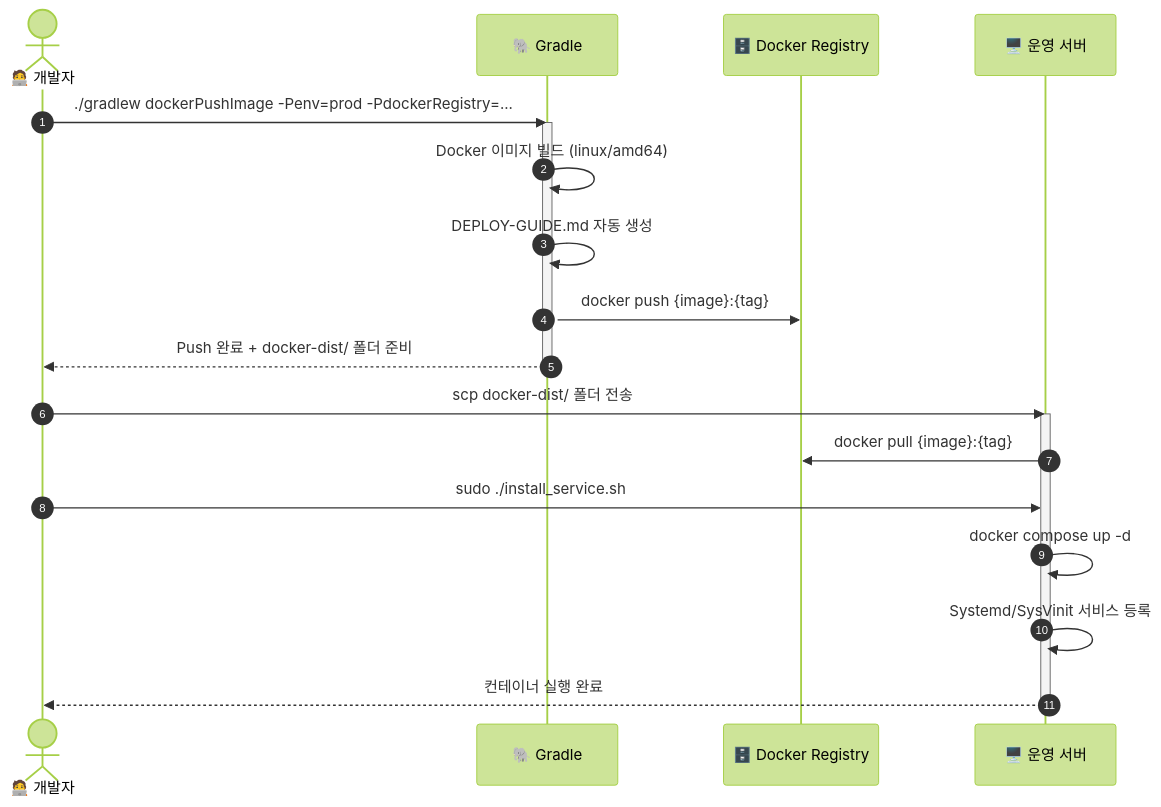
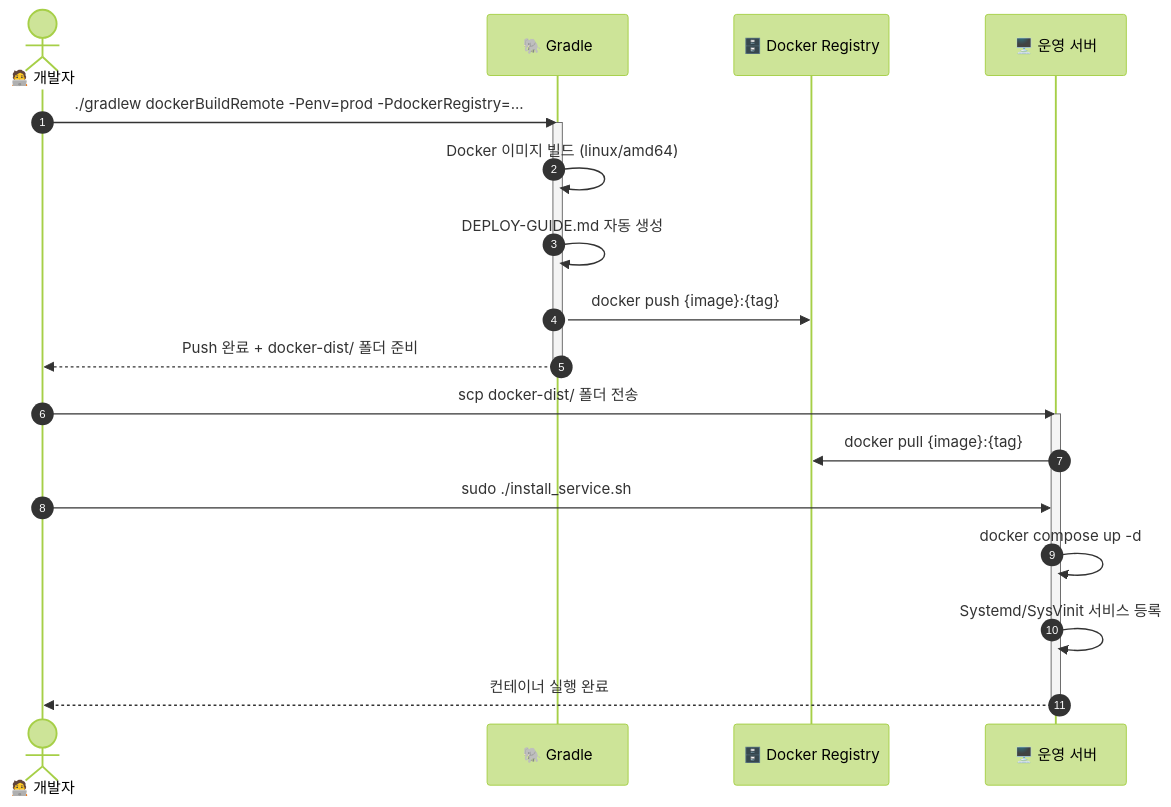
The fifth of 6 diagrams in README.md (MJ-Youn/build-template), drawn with Mermaid (forest theme) before and after one commit. The commit also changed other lines of this file and 2 other files, not shown here.

Commit message:
build 내용 수정

````diff
--- a/README.md
+++ b/README.md
@@ -532,25 +543,25 @@
 ```mermaid
 sequenceDiagram
     autonumber
     actor Dev as 🧑‍💻 개발자
     participant Gradle as 🐘 Gradle
     participant Registry as 🗄️ Docker Registry
     participant Server as 🖥️ 운영 서버
 
-    Dev->>Gradle: ./gradlew dockerPushImage -Penv=prod -PdockerRegistry=...
+    Dev->>Gradle: ./gradlew dockerBuildRemote -Penv=prod -PdockerRegistry=...
     activate Gradle
     Gradle->>Gradle: Docker 이미지 빌드 (linux/amd64)
     Gradle->>Gradle: DEPLOY-GUIDE.md 자동 생성
     Gradle->>Registry: docker push {image}:{tag}
     Gradle-->>Dev: Push 완료 + docker-dist/ 폴더 준비
     deactivate Gradle
 
     Dev->>Server: scp docker-dist/ 폴더 전송
     activate Server
     Server->>Registry: docker pull {image}:{tag}
     Dev->>Server: sudo ./install_service.sh
     Server->>Server: docker compose up -d
     Server->>Server: Systemd/SysVinit 서비스 등록
     Server-->>Dev: 컨테이너 실행 완료
     deactivate Server
 ```
````
